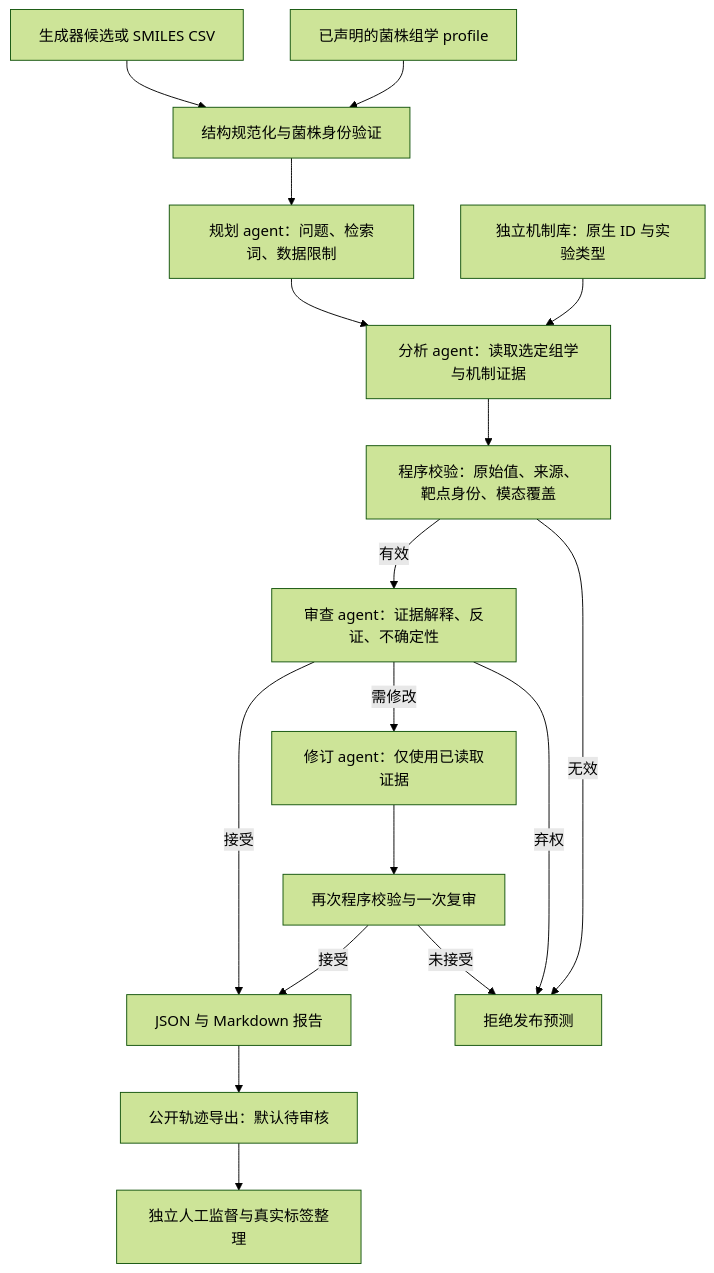
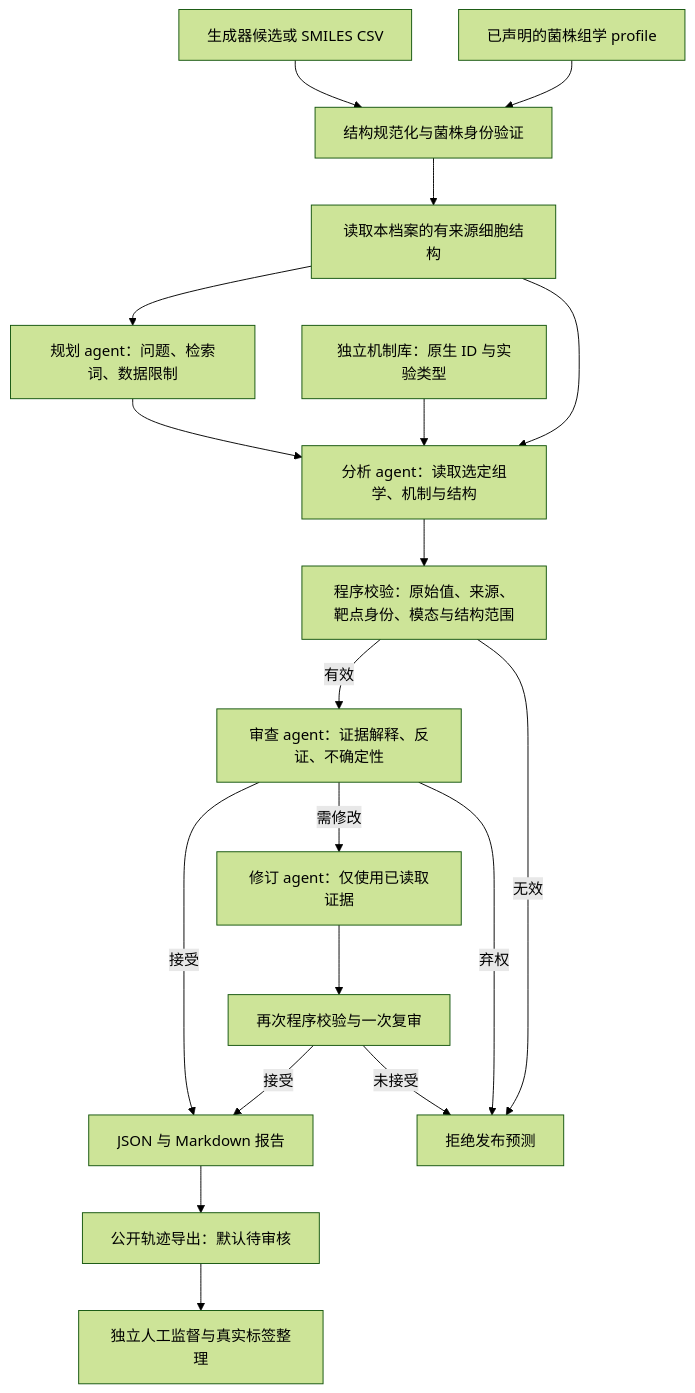
Before and after one commit to NHNQNHNQ/PRAXIS-Virtualcell: the diagram in docs/AGENT-ARCHITECTURE.md, drawn with Mermaid (forest theme). The commit also changed other lines of this file and 66 other files, not shown here.

````diff
--- a/docs/AGENT-ARCHITECTURE.md
+++ b/docs/AGENT-ARCHITECTURE.md
@@ -7,19 +7,21 @@
 ```mermaid
 flowchart TD
     A[生成器候选或 SMILES CSV] --> B[结构规范化与菌株身份验证]
     C[已声明的菌株组学 profile] --> B
-    B --> P[规划 agent：问题、检索词、数据限制]
-    P --> T[分析 agent：读取选定组学与机制证据]
+    B --> E[读取本档案的有来源细胞结构]
+    E --> P[规划 agent：问题、检索词、数据限制]
+    P --> T[分析 agent：读取选定组学、机制与结构]
     K[独立机制库：原生 ID 与实验类型] --> T
-    T --> V[程序校验：原始值、来源、靶点身份、模态覆盖]
+    E --> T
+    T --> V[程序校验：原始值、来源、靶点身份、模态与结构范围]
     V -->|有效| R[审查 agent：证据解释、反证、不确定性]
     V -->|无效| X[拒绝发布预测]
     R -->|接受| O[JSON 与 Markdown 报告]
     R -->|需修改| U[修订 agent：仅使用已读取证据]
     U --> W[再次程序校验与一次复审]
     W -->|接受| O
     W -->|未接受| X
     R -->|弃权| X
     O --> D[公开轨迹导出：默认待审核]
     D --> S[独立人工监督与真实标签整理]
 ```
````
